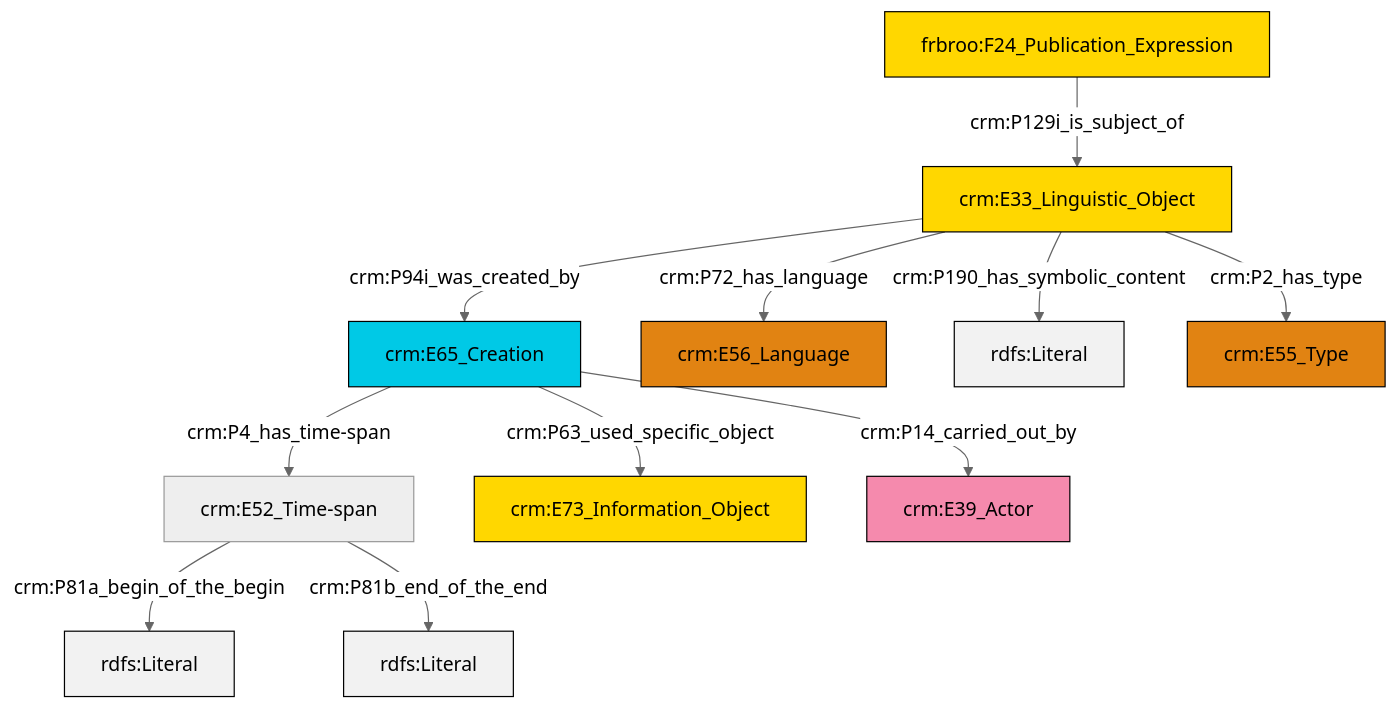
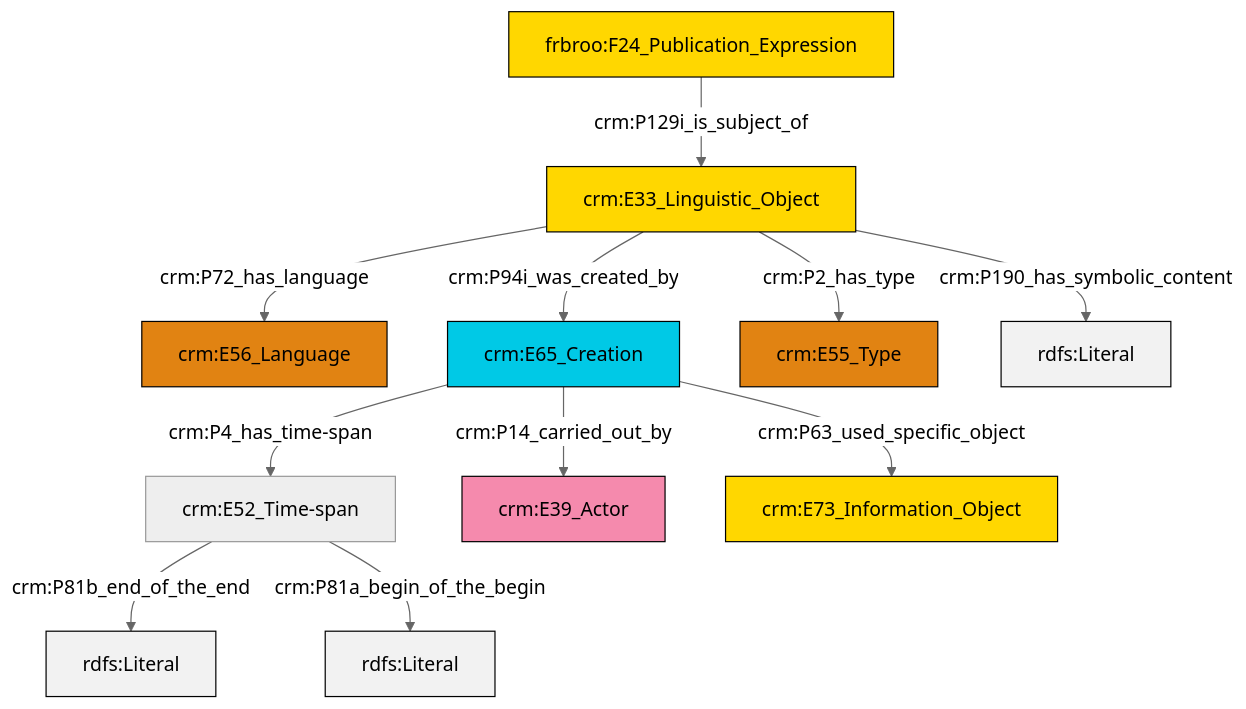
The diagram in et/biblioCSV/ttl/mmd/biblio_description.ttl.mmd (swiss-art-research-net/reference-data-models), drawn with Mermaid (neutral theme) before and after one commit. The commit also changed 128 other files, not shown here.

```diff
--- a/et/biblioCSV/ttl/mmd/biblio_description.ttl.mmd
+++ b/et/biblioCSV/ttl/mmd/biblio_description.ttl.mmd
@@ -1,25 +1,25 @@
 graph TD
 classDef Literal fill:#f2f2f2,stroke:#000000;
 classDef CRM_Entity fill:#FFFFFF,stroke:#000000;
 classDef Temporal_Entity fill:#00C9E6, stroke:#000000;
 classDef Type fill:#E18312, stroke:#000000;
 classDef Time-Span fill:#2C9C91, stroke:#000000;
 classDef Appellation fill:#FFEB7F, stroke:#000000;
 classDef Place fill:#008836, stroke:#000000;
 classDef Persistent_Item fill:#B266B2, stroke:#000000;
 classDef Conceptual_Object fill:#FFD700, stroke:#000000;
 classDef Physical_Thing fill:#D2B48C, stroke:#000000;
 classDef Actor fill:#f58aad, stroke:#000000;
 classDef PC_Classes fill:#4ce600, stroke:#000000;
 classDef Multi fill:#cccccc,stroke:#000000;
 
-0["crm:E65_Creation"]:::Temporal_Entity -->|crm:P4_has_time-span| 1["crm:E52_Time-span"]:::Default
-4["crm:E33_Linguistic_Object"]:::Conceptual_Object -->|crm:P72_has_language| 5["crm:E56_Language"]:::Type
-1["crm:E52_Time-span"]:::Default -->|crm:P81a_begin_of_the_begin| 6[rdfs:Literal]:::Literal
-1["crm:E52_Time-span"]:::Default -->|crm:P81b_end_of_the_end| 7[rdfs:Literal]:::Literal
-4["crm:E33_Linguistic_Object"]:::Conceptual_Object -->|crm:P190_has_symbolic_content| 12[rdfs:Literal]:::Literal
-4["crm:E33_Linguistic_Object"]:::Conceptual_Object -->|crm:P2_has_type| 14["crm:E55_Type"]:::Type
-4["crm:E33_Linguistic_Object"]:::Conceptual_Object -->|crm:P94i_was_created_by| 0["crm:E65_Creation"]:::Temporal_Entity
-0["crm:E65_Creation"]:::Temporal_Entity -->|crm:P14_carried_out_by| 15["crm:E39_Actor"]:::Actor
-0["crm:E65_Creation"]:::Temporal_Entity -->|crm:P63_used_specific_object| 9["crm:E73_Information_Object"]:::Conceptual_Object
-2["frbroo:F24_Publication_Expression"]:::Conceptual_Object -->|crm:P129i_is_subject_of| 4["crm:E33_Linguistic_Object"]:::Conceptual_Object
+0["frbroo:F24_Publication_Expression"]:::Conceptual_Object -->|crm:P129i_is_subject_of| 1["crm:E33_Linguistic_Object"]:::Conceptual_Object
+2["crm:E52_Time-span"]:::Default -->|crm:P81b_end_of_the_end| 3[rdfs:Literal]:::Literal
+6["crm:E65_Creation"]:::Temporal_Entity -->|crm:P14_carried_out_by| 7["crm:E39_Actor"]:::Actor
+6["crm:E65_Creation"]:::Temporal_Entity -->|crm:P4_has_time-span| 2["crm:E52_Time-span"]:::Default
+1["crm:E33_Linguistic_Object"]:::Conceptual_Object -->|crm:P72_has_language| 4["crm:E56_Language"]:::Type
+1["crm:E33_Linguistic_Object"]:::Conceptual_Object -->|crm:P190_has_symbolic_content| 15[rdfs:Literal]:::Literal
+1["crm:E33_Linguistic_Object"]:::Conceptual_Object -->|crm:P94i_was_created_by| 6["crm:E65_Creation"]:::Temporal_Entity
+2["crm:E52_Time-span"]:::Default -->|crm:P81a_begin_of_the_begin| 18[rdfs:Literal]:::Literal
+6["crm:E65_Creation"]:::Temporal_Entity -->|crm:P63_used_specific_object| 16["crm:E73_Information_Object"]:::Conceptual_Object
+1["crm:E33_Linguistic_Object"]:::Conceptual_Object -->|crm:P2_has_type| 10["crm:E55_Type"]:::Type
```
